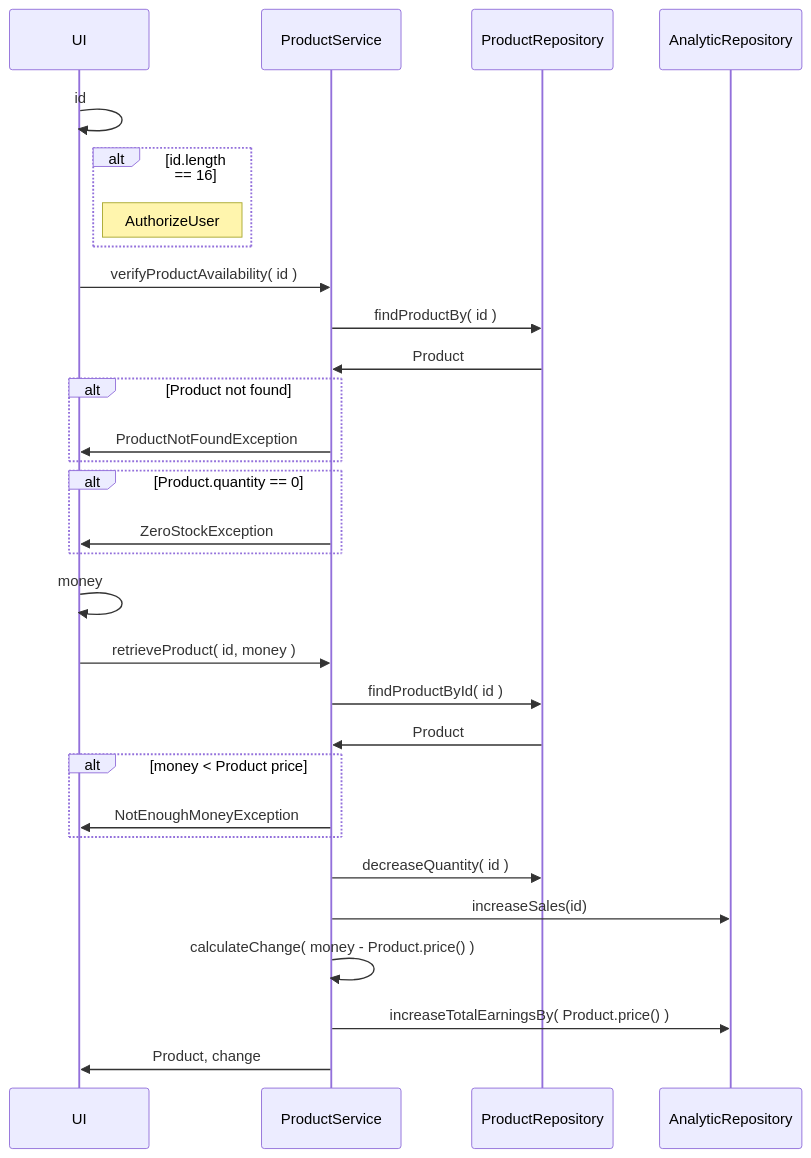
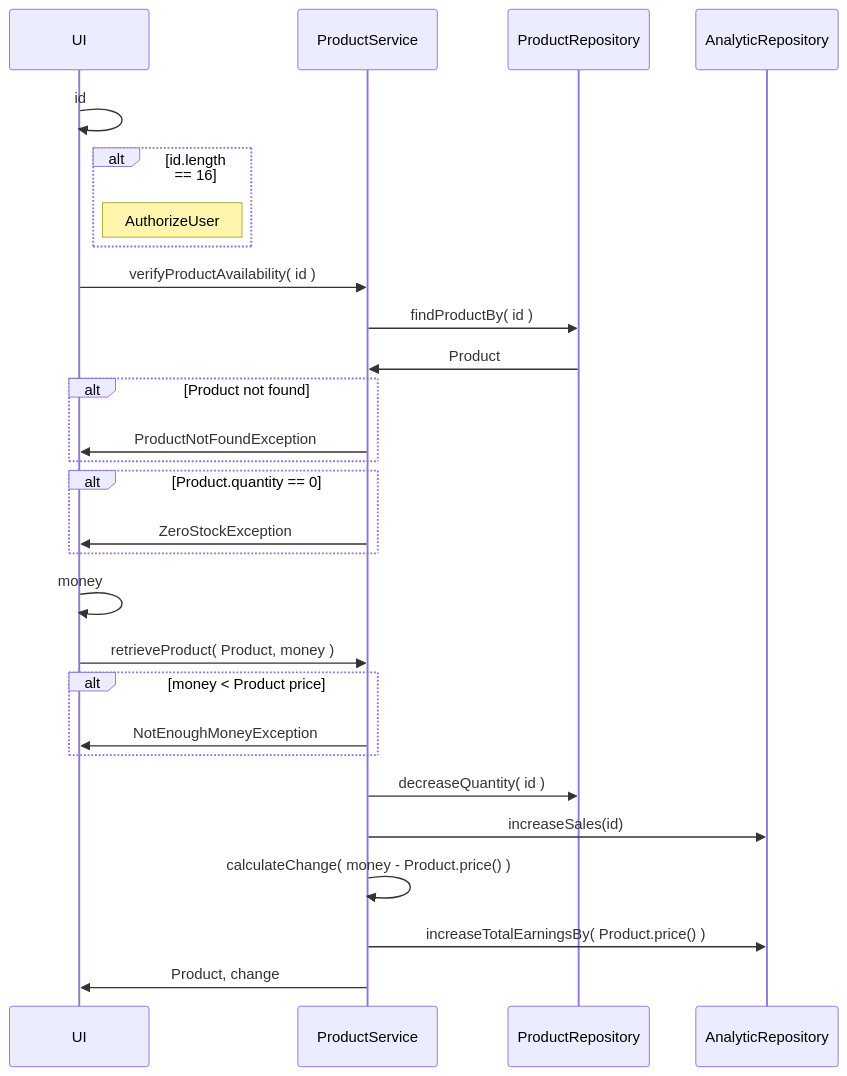
The third of 14 diagrams in README.md (Apameus/Vending_Machine), drawn with Mermaid before and after one commit. The commit also changed 13 other files, not shown here.

````diff
--- a/README.md
+++ b/README.md
@@ -68,37 +68,35 @@
 ```mermaid
 sequenceDiagram
 participant UI
 participant PS as ProductService
 participant PR as ProductRepository
 participant AR as AnalyticRepository
 
 UI ->> UI: id
 alt id.length == 16
     Note right of UI: AuthorizeUser
 end
 UI ->> PS: verifyProductAvailability( id )
 PS ->> PR: findProductBy( id )
 PR ->> PS: Product
         
 alt Product not found
     PS ->> UI: ProductNotFoundException
 end
 alt Product.quantity == 0
     PS ->> UI: ZeroStockException
 end
 UI ->> UI: money
 
 
-UI ->> PS: retrieveProduct( id, money )
-PS ->> PR: findProductById( id )
-PR ->> PS: Product
+UI ->> PS: retrieveProduct( Product, money )
 alt money < Product price
     PS ->> UI: NotEnoughMoneyException
 end
 
 PS ->> PR: decreaseQuantity( id )
 PS ->> AR: increaseSales(id)
     PS ->> PS: calculateChange( money - Product.price() )
     PS ->> AR: increaseTotalEarningsBy( Product.price() )
 PS ->> UI: Product, change
 ```
````
